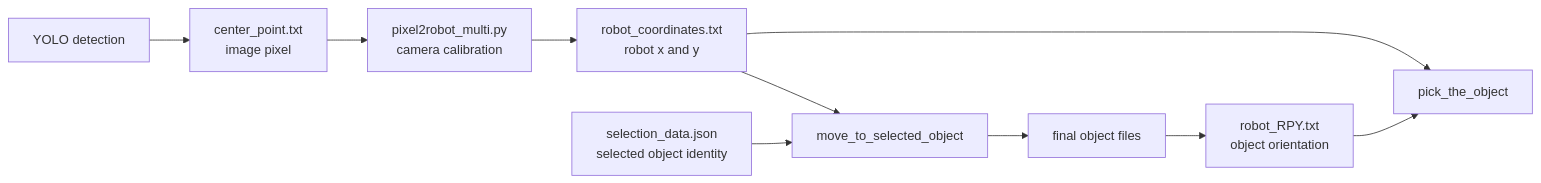
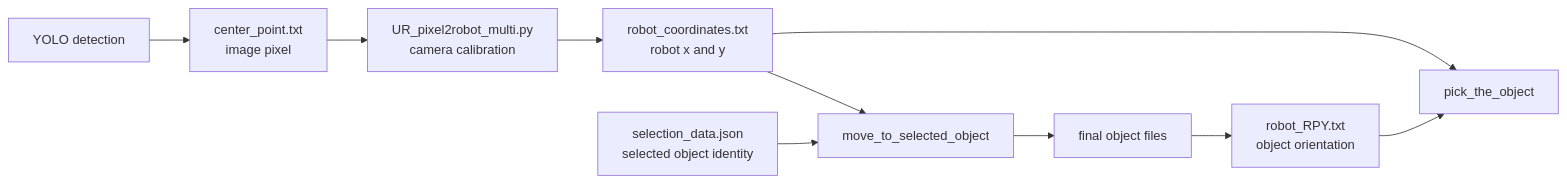
One commit to Gaurang8200/MASTER_THESIS changed the sixth of 9 diagrams in UR_Audio_Steuerung_Using_LLM/ARCHITECTURE.md. Above: the diagram before and after it, drawn with Mermaid. The commit also changed other lines of this file and 107 other files, not shown here.

````diff
--- a/UR_Audio_Steuerung_Using_LLM/ARCHITECTURE.md
+++ b/UR_Audio_Steuerung_Using_LLM/ARCHITECTURE.md
@@ -289,22 +289,22 @@
 ```mermaid
 flowchart LR
     Detection["YOLO detection"]
     Center["center_point.txt<br/>image pixel"]
-    Calibration["pixel2robot_multi.py<br/>camera calibration"]
+    Calibration["UR_pixel2robot_multi.py<br/>camera calibration"]
     Coordinates["robot_coordinates.txt<br/>robot x and y"]
     Selection["selection_data.json<br/>selected object identity"]
     Move["move_to_selected_object"]
     Precision["final object files"]
     Orientation["robot_RPY.txt<br/>object orientation"]
     Pick["pick_the_object"]
 
     Detection --> Center
     Center --> Calibration
     Calibration --> Coordinates
     Selection --> Move
     Coordinates --> Move
     Move --> Precision
     Precision --> Orientation
     Coordinates --> Pick
     Orientation --> Pick
 ```
````
